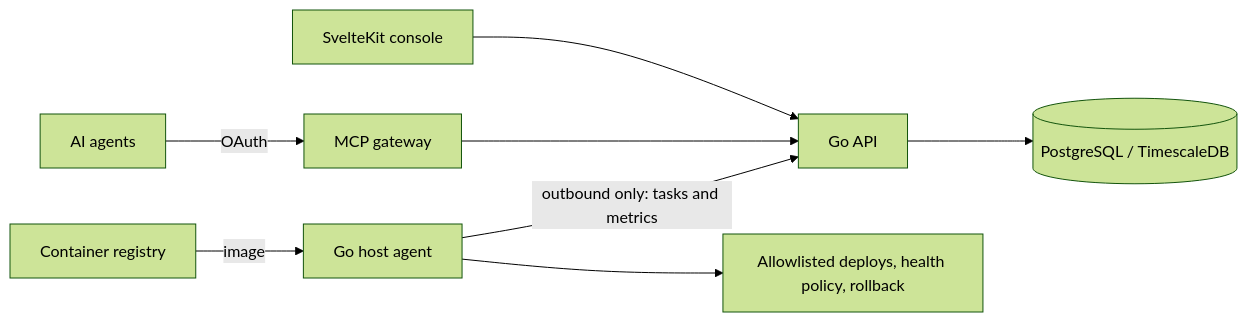
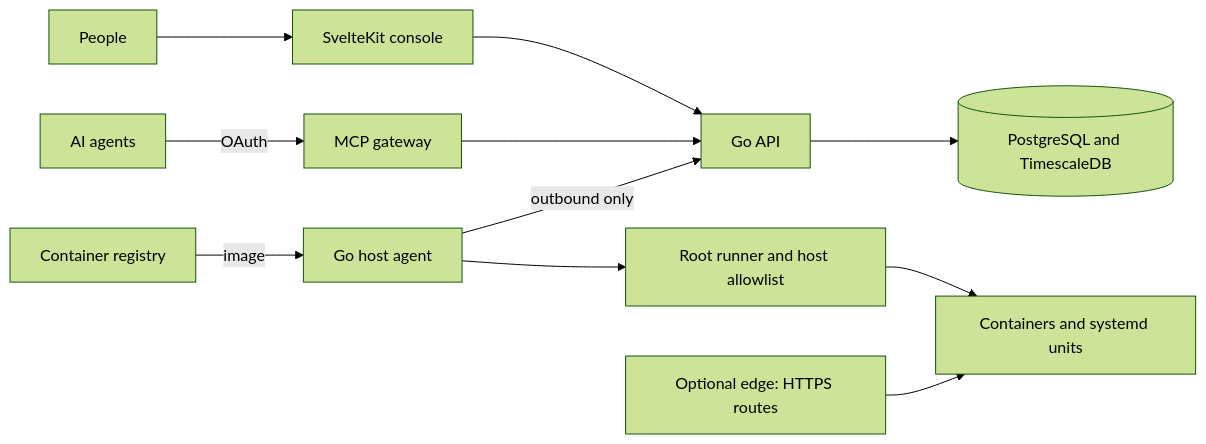
One commit to binartist/about-me changed the diagram in src/en/products/deploybot.md. Above: the diagram before and after it, drawn with Mermaid (forest theme). The commit also changed other lines of this file and 8 other files, not shown here.

````diff
--- a/src/en/products/deploybot.md
+++ b/src/en/products/deploybot.md
@@ -13,10 +12,13 @@
 ```mermaid
 flowchart LR
   Agents[AI agents] -->|OAuth| MCP[MCP gateway]
-  Console[SvelteKit console] --> API[Go API]
+  People[People] --> Console[SvelteKit console]
+  Console --> API[Go API]
   MCP --> API
-  API --> PG[(PostgreSQL / TimescaleDB)]
-  HostAgent[Go host agent] -->|outbound only: tasks and metrics| API
+  API --> PG[(PostgreSQL and TimescaleDB)]
+  HostAgent[Go host agent] -->|outbound only| API
+  HostAgent --> Runner[Root runner and host allowlist]
+  Runner --> Deploy[Containers and systemd units]
   Registry[Container registry] -->|image| HostAgent
-  HostAgent --> Deploy[Allowlisted deploys, health policy, rollback]
+  Edge[Optional edge: HTTPS routes] --> Deploy
 ```
````
